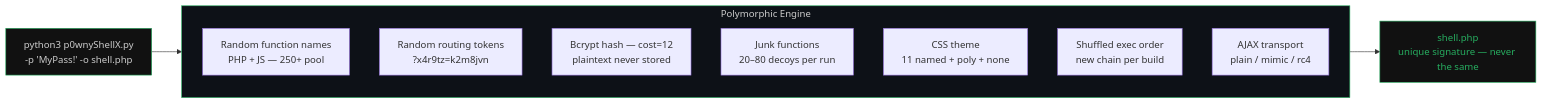
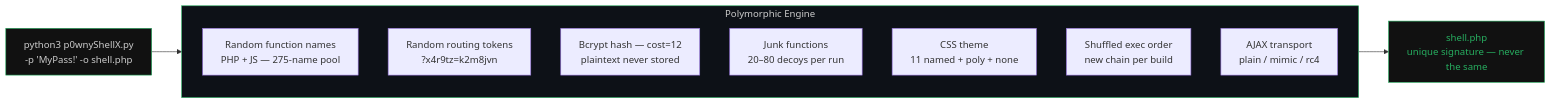
The diagram in README.md (franckferman/p0wnyShellX), drawn with Mermaid before and after one commit. The commit also changed other lines of this file and 1 other file, not shown here.

````diff
--- a/README.md
+++ b/README.md
@@ -24,23 +19,23 @@
 ```mermaid
 flowchart LR
     A["python3 p0wnyShellX.py<br/>-p 'MyPass!' -o shell.php"]
 
     subgraph engine ["Polymorphic Engine"]
-        B1["Random function names<br/>PHP + JS — 250+ pool"]
+        B1["Random function names<br/>PHP + JS — 275-name pool"]
         B2["Random routing tokens<br/>?x4r9tz=k2m8jvn"]
         B3["Bcrypt hash — cost=12<br/>plaintext never stored"]
         B4["Junk functions<br/>20–80 decoys per run"]
         B5["CSS theme<br/>11 named + poly + none"]
         B6["Shuffled exec order<br/>new chain per build"]
         B7["AJAX transport<br/>plain / mimic / rc4"]
     end
 
     C["shell.php<br/>unique signature — never the same"]
 
     A --> engine
     engine --> C
 
     style engine fill:#0d1117,stroke:#27ae60,color:#ccc
     style A fill:#111,stroke:#27ae60,color:#ccc
     style C fill:#111,stroke:#27ae60,color:#27ae60
 ```
````
